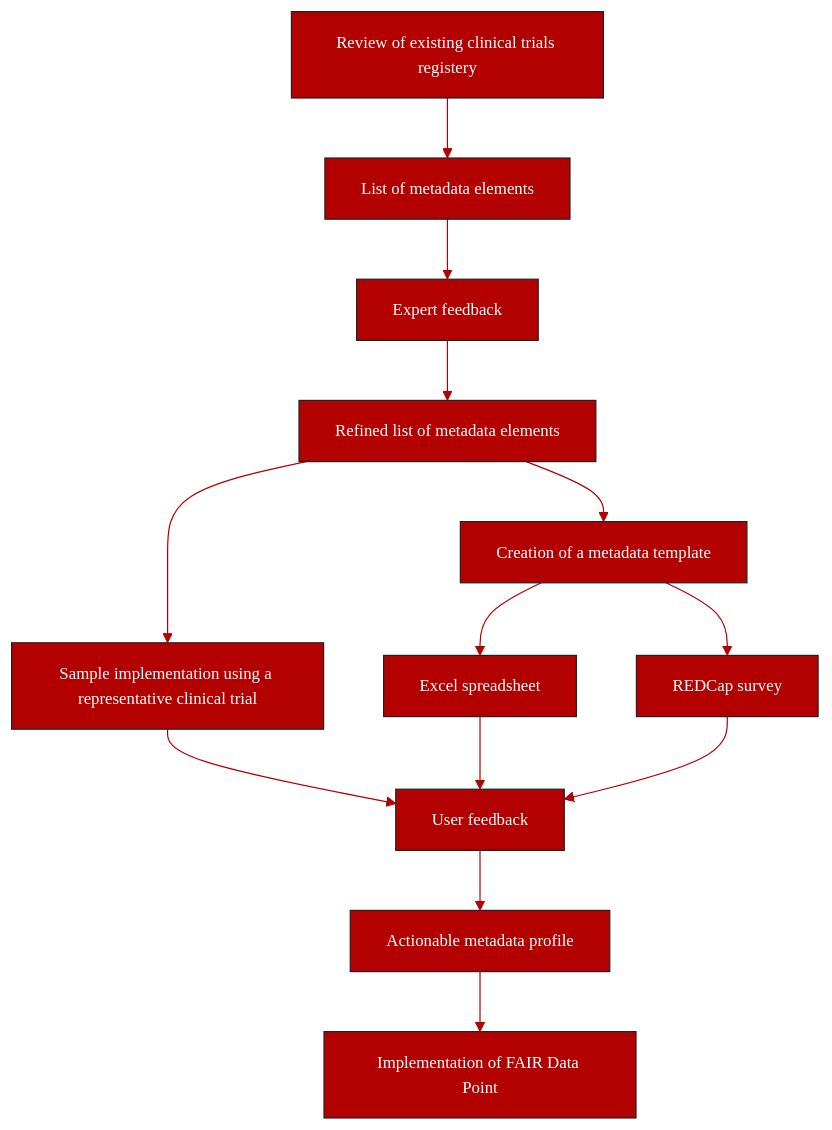
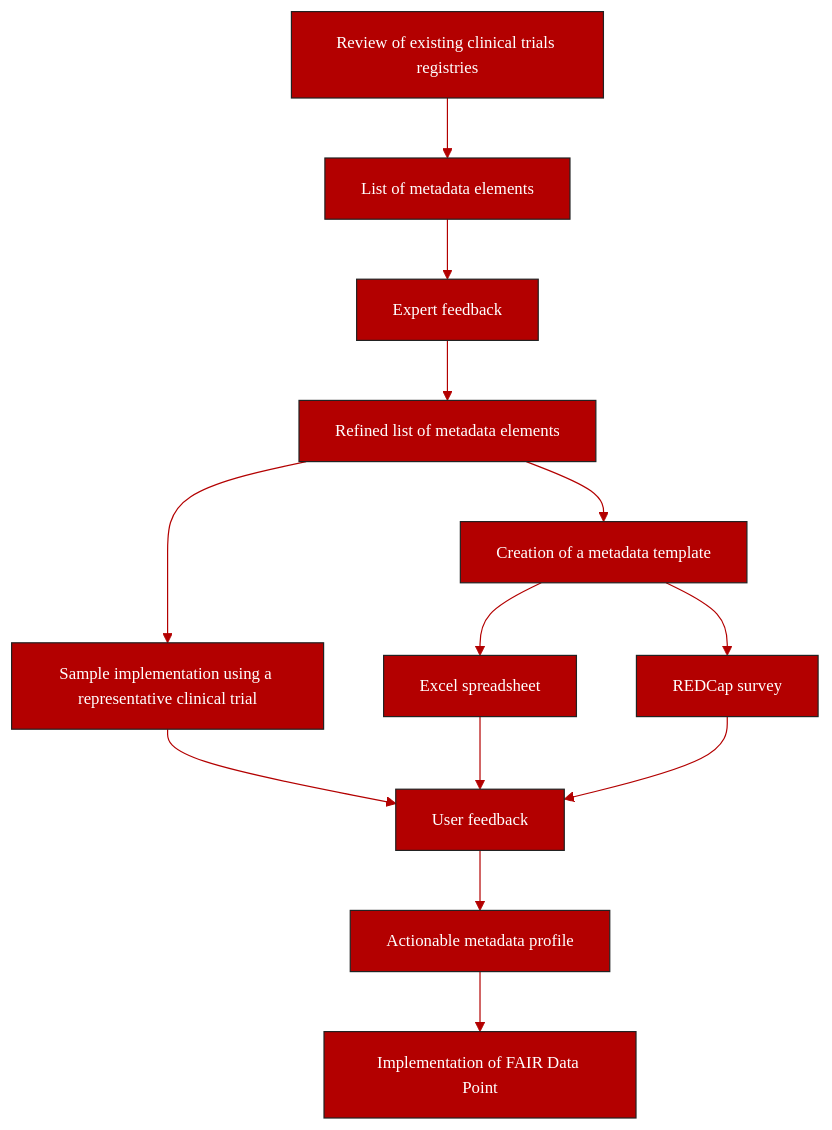
The diagram in content/recipes/interoperability/c4c-clinical-trials.md-figure0.mmd (FAIRplus/the-fair-cookbook), drawn with Mermaid before and after one commit. The commit also changed 1 other file, not shown here.

Commit message:
Fixed typo in mmd image and updated final metadata schema

```diff
--- a/content/recipes/interoperability/c4c-clinical-trials.md-figure0.mmd
+++ b/content/recipes/interoperability/c4c-clinical-trials.md-figure0.mmd
@@ -1,16 +1,16 @@
 graph TD
-    step1[Review of existing clinical trials registery]:::box --> step2[List of metadata elements]:::box
+    step1[Review of existing clinical trials registries]:::box --> step2[List of metadata elements]:::box
     step2 --> step3[Expert feedback]:::box
     step3 --> step4[Refined list of metadata elements]:::box
     step4 --> step5[Sample implementation using a representative clinical trial]:::box
     step4 --> step6[Creation of a metadata template]:::box
     step6 --> step7[Excel spreadsheet]:::box
     step6 --> step8[REDCap survey]:::box
     step5 --> step9[User feedback]:::box
     step7 --> step9
     step8 --> step9
     step9 --> step10[Actionable metadata profile]:::box
     step10 --> step11[Implementation of FAIR Data Point]:::box
 
 classDef box font-family:avenir,font-size:14px,fill:#B30000,stroke:#222,color:#fff,stroke-width:1px
 linkStyle 0,1,2,3,4,5,6,7,8,9,10,11 stroke:#B30000,stroke-width:1px,color:#B30000,font-family:avenir;
```
